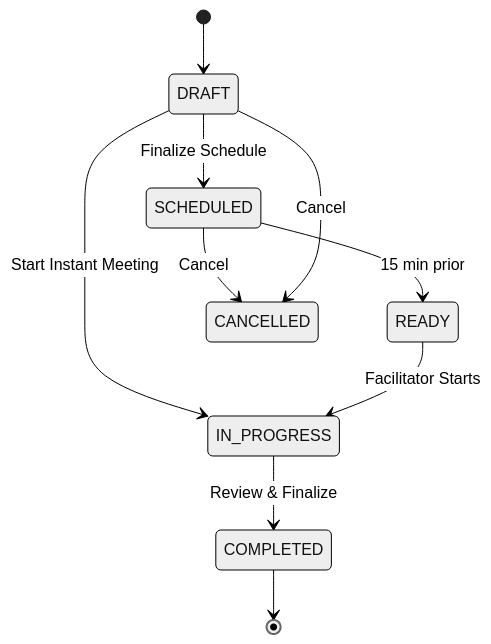
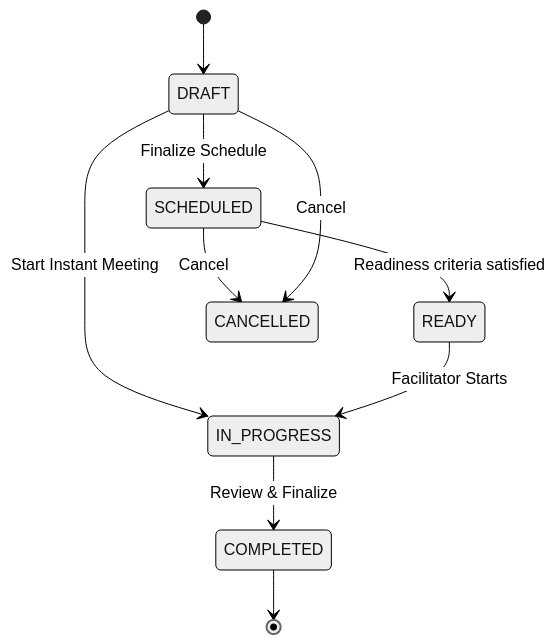
One commit to HB2810/Lakshya changed the second of 4 diagrams in docs/product/MEETING_CALENDAR_V1.md. Above: the diagram before and after it, drawn with Mermaid (neutral theme). The commit also changed other lines of this file and 1 other file, not shown here.

````diff
--- a/docs/product/MEETING_CALENDAR_V1.md
+++ b/docs/product/MEETING_CALENDAR_V1.md
@@ -108,12 +123,12 @@
 ```mermaid
 stateDiagram-v2
     [*] --> DRAFT
     DRAFT --> SCHEDULED : Finalize Schedule
     DRAFT --> IN_PROGRESS : Start Instant Meeting
-    SCHEDULED --> READY : 15 min prior
+    SCHEDULED --> READY : Readiness criteria satisfied
     READY --> IN_PROGRESS : Facilitator Starts
     IN_PROGRESS --> COMPLETED : Review & Finalize
     SCHEDULED --> CANCELLED : Cancel
     DRAFT --> CANCELLED : Cancel
     COMPLETED --> [*]
 ```
````
